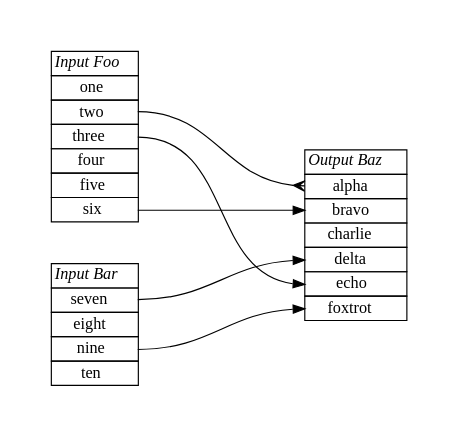
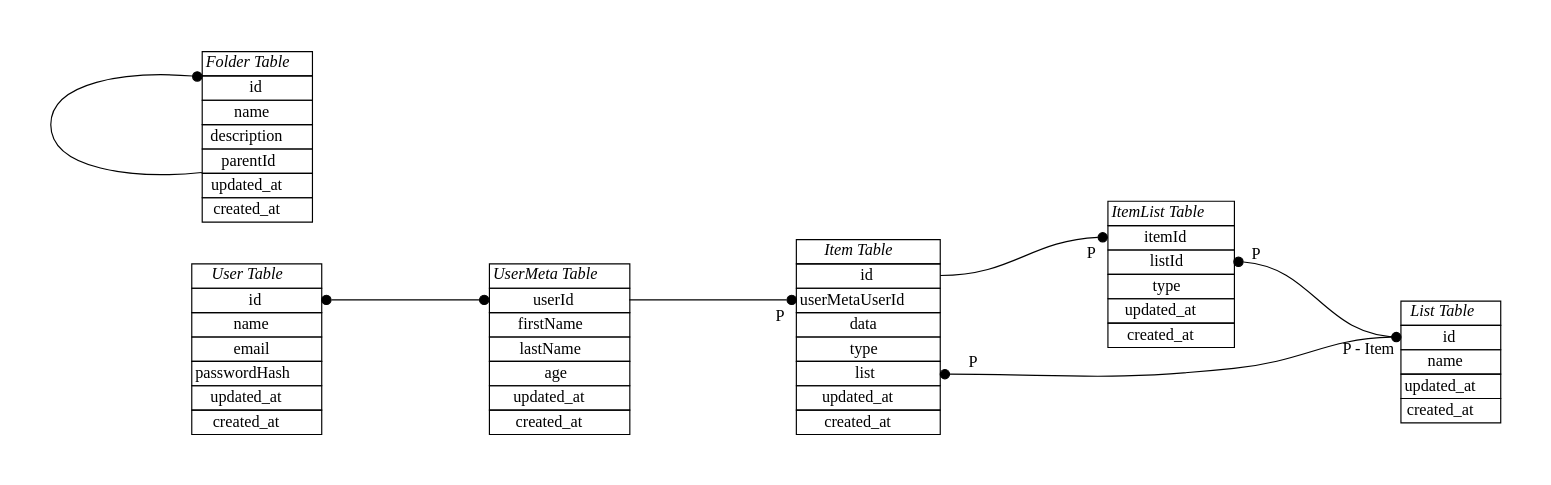
The diagram in apparatus-erd/tables.gv (RyotaBannai/graphviz), drawn with Graphviz before and after one commit. The commit also changed 1 other file, not shown here.

```diff
--- a/apparatus-erd/tables.gv
+++ b/apparatus-erd/tables.gv
@@ -1,45 +1,83 @@
 digraph ERD {
     graph [pad="0.5", nodesep="0.5", ranksep="2"];
     node [shape=plain]
     rankdir=LR;
 
 
-Foo [label=<
+User [label=<
 <table border="0" cellborder="1" cellspacing="0">
-  <tr><td><i>Input Foo</i></td></tr>
-  <tr><td port="1">one</td></tr>
-  <tr><td port="2">two</td></tr>
-  <tr><td port="3">three</td></tr>
-  <tr><td port="4">four</td></tr>
-  <tr><td port="5">five</td></tr>
-  <tr><td port="6">six</td></tr>
+  <tr><td><i>User Table</i></td></tr>
+  <tr><td port="1">id</td></tr>
+  <tr><td port="2">name</td></tr>
+  <tr><td port="3">email</td></tr>
+  <tr><td port="4">passwordHash</td></tr>
+  <tr><td port="5">updated_at</td></tr>
+  <tr><td port="6">created_at</td></tr>
 </table>>];
 
 
-Bar [label=<
+UserMeta [label=<
 <table border="0" cellborder="1" cellspacing="0">
-  <tr><td><i>Input Bar</i></td></tr>
-  <tr><td port="7">seven</td></tr>
-  <tr><td port="8">eight</td></tr>
-  <tr><td port="9">nine</td></tr>
-  <tr><td port="10">ten</td></tr>
+  <tr><td><i>UserMeta Table</i></td></tr>
+  <tr><td port="7">userId</td></tr>
+  <tr><td port="8">firstName</td></tr>
+  <tr><td port="9">lastName</td></tr>
+  <tr><td port="10">age</td></tr>
+  <tr><td port="11">updated_at</td></tr>
+  <tr><td port="12">created_at</td></tr>
 </table>>];
 
 
-Baz [label=<
+List[label=<
 <table border="0" cellborder="1" cellspacing="0">
-  <tr><td><i>Output Baz</i></td></tr>
-  <tr><td port="a">alpha</td></tr>
-  <tr><td port="b">bravo</td></tr>
-  <tr><td port="c">charlie</td></tr>
-  <tr><td port="d">delta</td></tr>
-  <tr><td port="e">echo</td></tr>
-  <tr><td port="f">foxtrot</td></tr>
+  <tr><td><i>List Table</i></td></tr>
+  <tr><td port="0">id</td></tr>
+  <tr><td port="1">name</td></tr>
+  <tr><td port="2">updated_at</td></tr>
+  <tr><td port="3">created_at</td></tr>
 </table>>];
 
-Foo:2 -> Baz:a [arrowhead = crow];
-Foo:3 -> Baz:e;
-Foo:6 -> Baz:b;
-Bar:7 -> Baz:d;
-Bar:9 -> Baz:f;
+ItemList [label=<
+<table border="0" cellborder="1" cellspacing="0">
+  <tr><td><i>ItemList Table</i></td></tr>
+  <tr><td port="a">itemId</td></tr>
+  <tr><td port="b">listId</td></tr>
+  <tr><td port="c">type</td></tr>
+  <tr><td port="d">updated_at</td></tr>
+  <tr><td port="e">created_at</td></tr>
+</table>>];
+
+Item [label=<
+<table border="0" cellborder="1" cellspacing="0">
+  <tr><td><i>Item Table</i></td></tr>
+  <tr><td port="a">id</td></tr>
+  <tr><td port="b">userMetaUserId</td></tr>
+  <tr><td port="c">data</td></tr>
+  <tr><td port="d">type</td></tr>
+  <tr><td port="g">list</td></tr>
+  <tr><td port="e">updated_at</td></tr>
+  <tr><td port="f">created_at</td></tr>
+</table>>];
+
+Folder [label=<
+<table border="0" cellborder="1" cellspacing="0">
+  <tr><td><i>Folder Table</i></td></tr>
+  <tr><td port="a">id</td></tr>
+  <tr><td port="b">name</td></tr>
+  <tr><td port="c">description</td></tr>
+  <tr><td port="d">parentId</td></tr>
+  <tr><td port="e">updated_at</td></tr>
+  <tr><td port="f">created_at</td></tr>
+</table>>];
+
+// concentrate=true;
+// use concentrate=true or use option [dir=both]
+User:1 -> UserMeta:7 [dir=both, arrowhead=dot, arrowtail=dot];
+UserMeta:7 -> Item:b [dir=both, arrowhead=dot, arrowtail=none, headlabel = "P", labeldistance=2, labelangle=45];
+
+Item:a -> ItemList:a [dir=both, arrowhead=dot, arrowtail=none, headlabel = "P", labeldistance=2 labelangle=45];
+Item:g -> List:0 [dir=both, arrowhead=dot, arrowtail=dot, headlabel = "P - Item", taillabel = "P", labeldistance=3, labelangle=20];
+ItemList:b -> List:0 [dir=both, arrowhead=none, arrowtail=dot, taillabel = "P", labeldistance=2,  labelangle=20];
+
+Folder:a -> Folder:d [dir=both, arrowhead=none, arrowtail=dot];
 }
```
